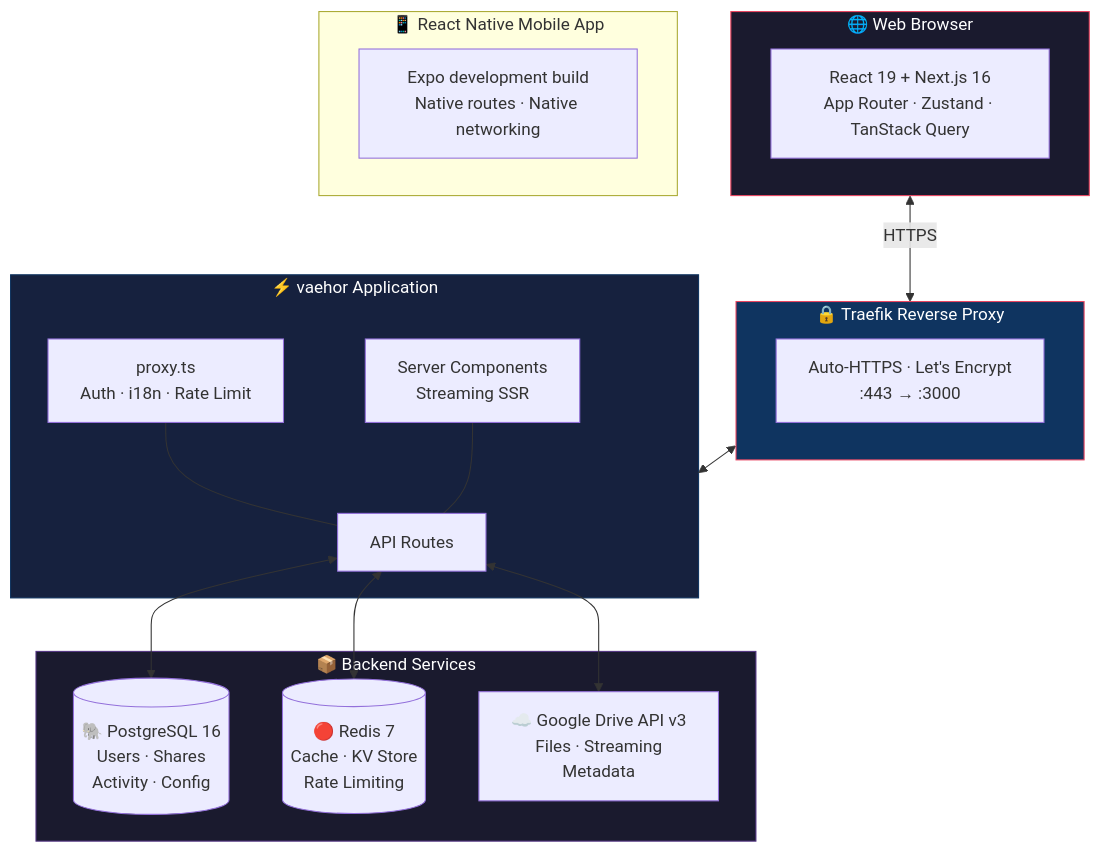
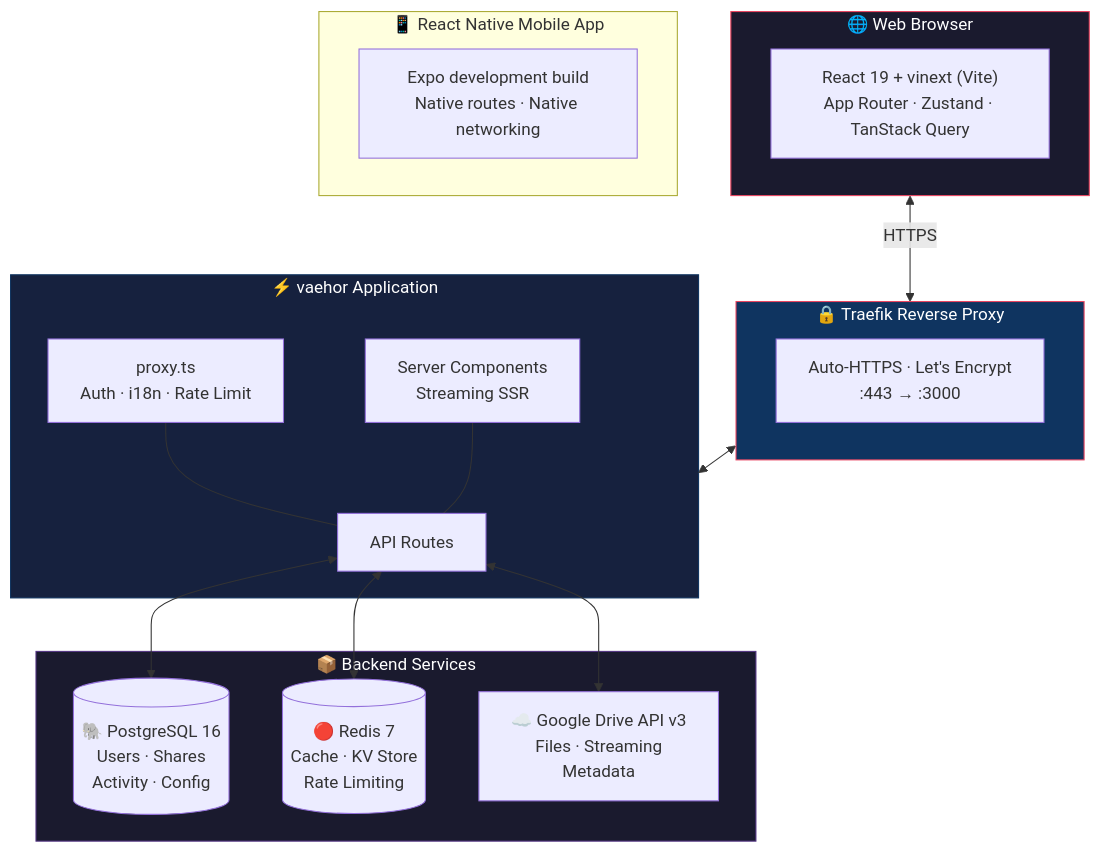
One commit to dytsou/vaehor changed the diagram in README.md. Above: the diagram before and after it, drawn with Mermaid. The commit also changed other lines of this file and 32 other files, not shown here.

````diff
--- a/README.md
+++ b/README.md
@@ -202,39 +202,39 @@
 ```mermaid
 flowchart TB
     subgraph CLIENT["🌐 Web Browser"]
-        A["React 19 + Next.js 16\nApp Router · Zustand · TanStack Query"]
+        A["React 19 + vinext (Vite)\nApp Router · Zustand · TanStack Query"]
     end
 
     subgraph MOBILE["📱 React Native Mobile App"]
         M["Expo development build\nNative routes · Native networking"]
     end
 
     subgraph TRAEFIK["🔒 Traefik Reverse Proxy"]
         B["Auto-HTTPS · Let's Encrypt\n:443 → :3000"]
     end
 
     subgraph APP["⚡ vaehor Application"]
         C["API Routes"]
         D["proxy.ts\nAuth · i18n · Rate Limit"]
         E["Server Components\nStreaming SSR"]
     end
 
     subgraph SERVICES["📦 Backend Services"]
         F[("🐘 PostgreSQL 16\nUsers · Shares\nActivity · Config")]
         G[("🔴 Redis 7\nCache · KV Store\nRate Limiting")]
         H["☁️ Google Drive API v3\nFiles · Streaming\nMetadata"]
     end
 
     CLIENT <-->|HTTPS| TRAEFIK
     TRAEFIK <--> APP
     C <--> F
     C <--> G
     C <--> H
     D --- C
     E --- C
 
     style CLIENT fill:#1a1a2e,stroke:#e94560,color:#fff
     style TRAEFIK fill:#0f3460,stroke:#e94560,color:#fff
     style APP fill:#16213e,stroke:#0f3460,color:#fff
     style SERVICES fill:#1a1a2e,stroke:#533483,color:#fff
 ```
````
